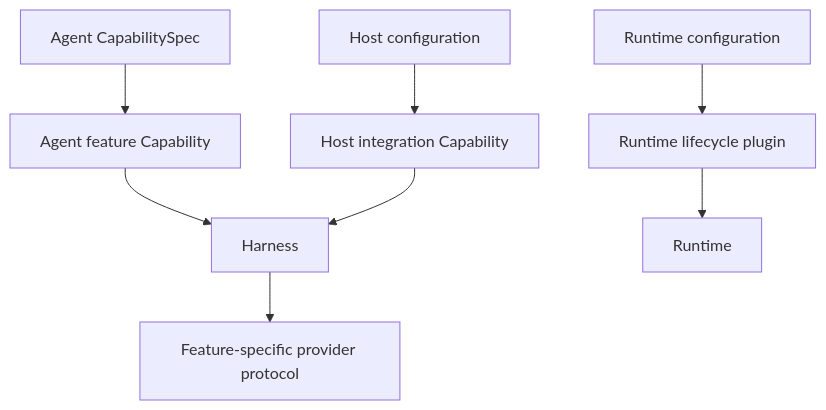
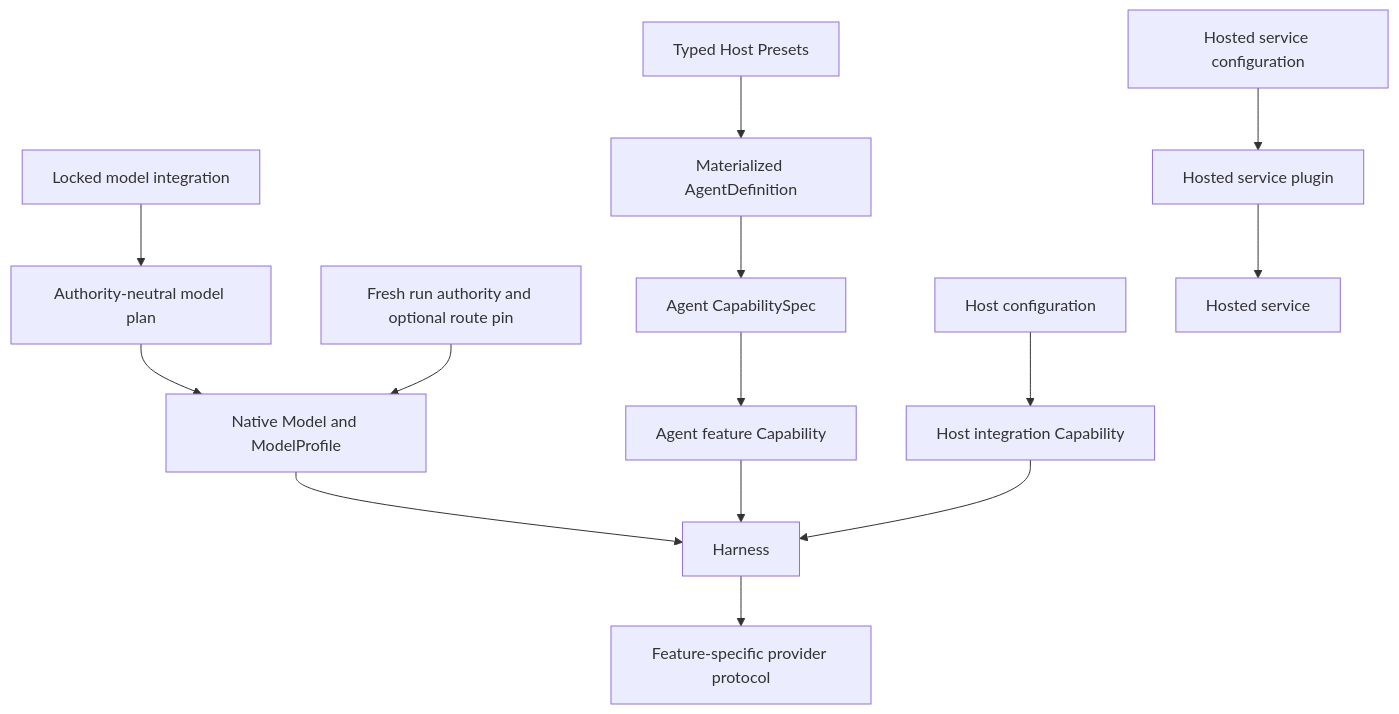
Before and after one commit to LTThreeComma/agent-foundation: the third of 4 diagrams in spec/README.md, drawn with Mermaid. The commit also changed other lines of this file and 34 other files, not shown here.

First line of the commit message:
docs(spec): establish component architecture contracts

````diff
--- a/spec/README.md
+++ b/spec/README.md
@@ -163,10 +178,16 @@
 ```mermaid
 flowchart TB
-    AgentSpec[Agent CapabilitySpec] --> AgentCap[Agent feature Capability]
+    Presets[Typed Host Presets] --> Definition[Materialized AgentDefinition]
+    Definition --> AgentSpec[Agent CapabilitySpec]
+    AgentSpec --> AgentCap[Agent feature Capability]
+    ModelCatalog[Locked model integration] --> ModelPlan[Authority-neutral model plan]
+    ModelPlan --> NativeModel[Native Model and ModelProfile]
+    RunAuthority[Fresh run authority and optional route pin] --> NativeModel
+    NativeModel --> Harness
     HostConfig[Host configuration] --> HostCap[Host integration Capability]
-    RuntimeConfig[Runtime configuration] --> RuntimePlugin[Runtime lifecycle plugin]
+    ServiceConfig[Hosted service configuration] --> ServicePlugin[Hosted service plugin]
     AgentCap --> Harness
     HostCap --> Harness
-    RuntimePlugin --> Runtime
+    ServicePlugin --> Service[Hosted service]
     Harness --> Provider[Feature-specific provider protocol]
 ```
````
